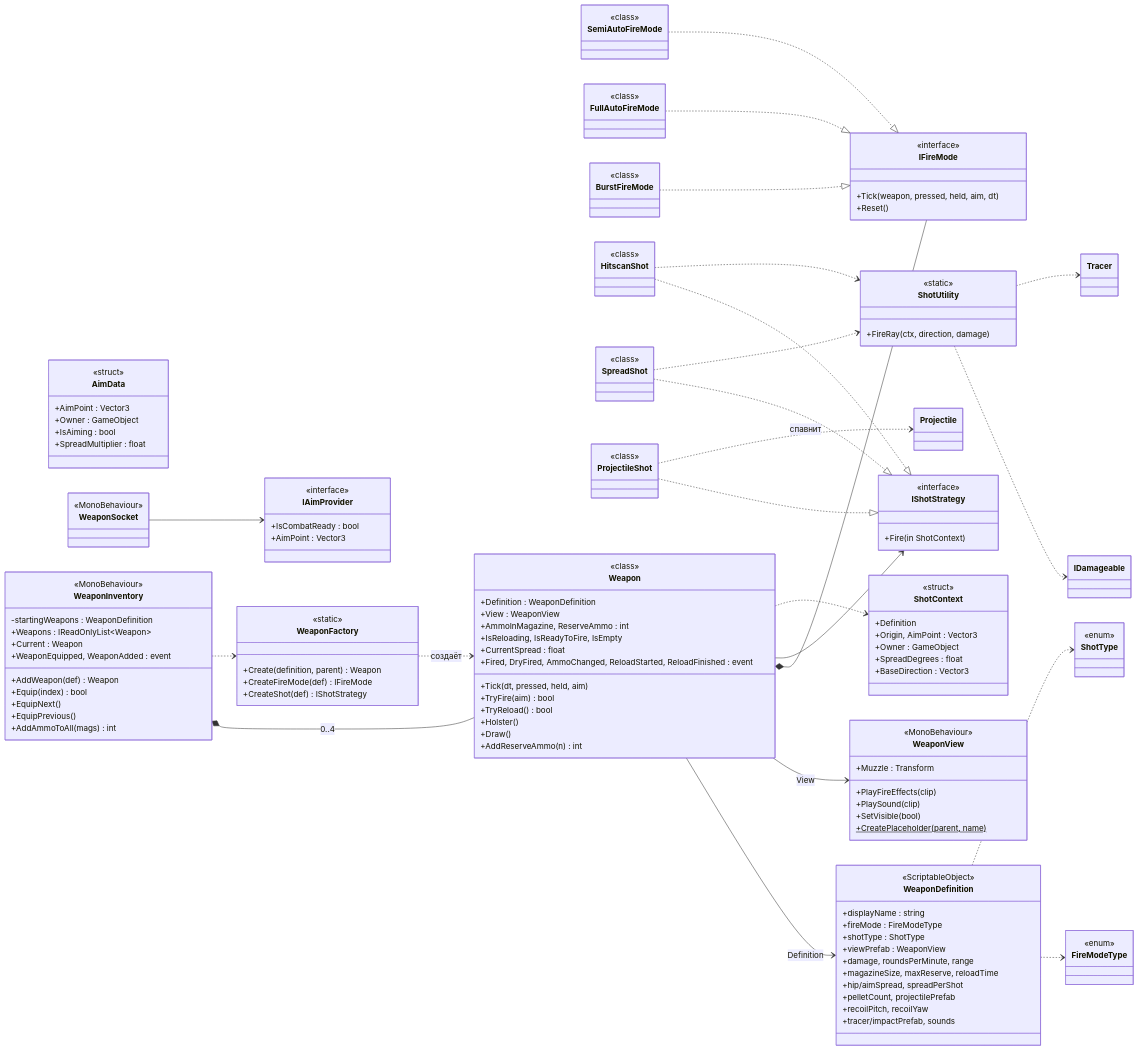
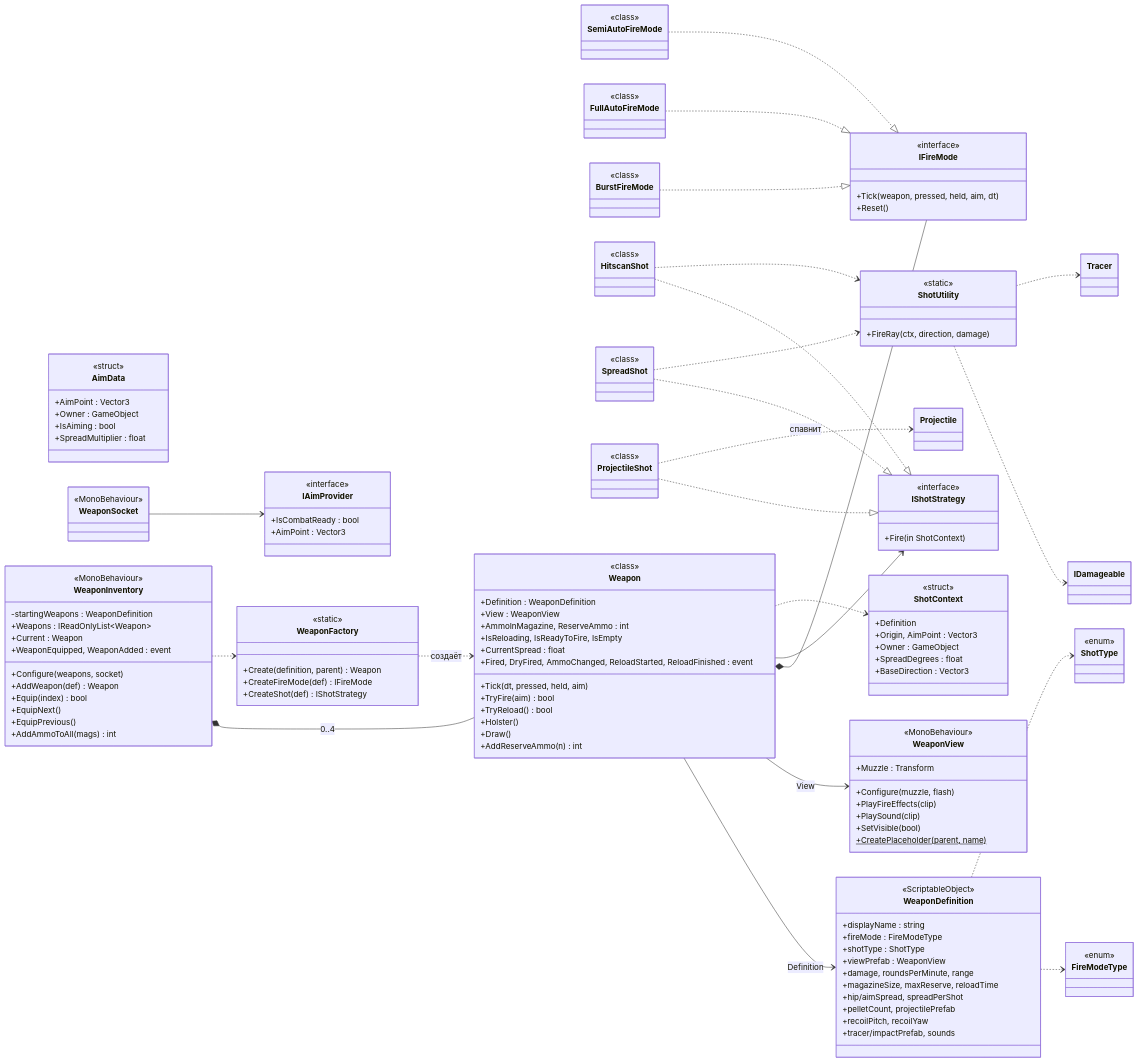
The ninth of 15 diagrams in Prod/Docs/UML.md (legatys/game), drawn with Mermaid before and after one commit. The commit also changed other lines of this file and 51 other files, not shown here.

```diff
--- a/Prod/Docs/UML.md
+++ b/Prod/Docs/UML.md
@@ -644,6 +658,7 @@
     class WeaponView {
         <<MonoBehaviour>>
         +Muzzle : Transform
+        +Configure(muzzle, flash)
         +PlayFireEffects(clip)
         +PlaySound(clip)
         +SetVisible(bool)
@@ -661,6 +676,7 @@
         +Weapons : IReadOnlyList~Weapon~
         +Current : Weapon
         +WeaponEquipped, WeaponAdded : event
+        +Configure(weapons, socket)
         +AddWeapon(def) Weapon
         +Equip(index) bool
         +EquipNext()
```
